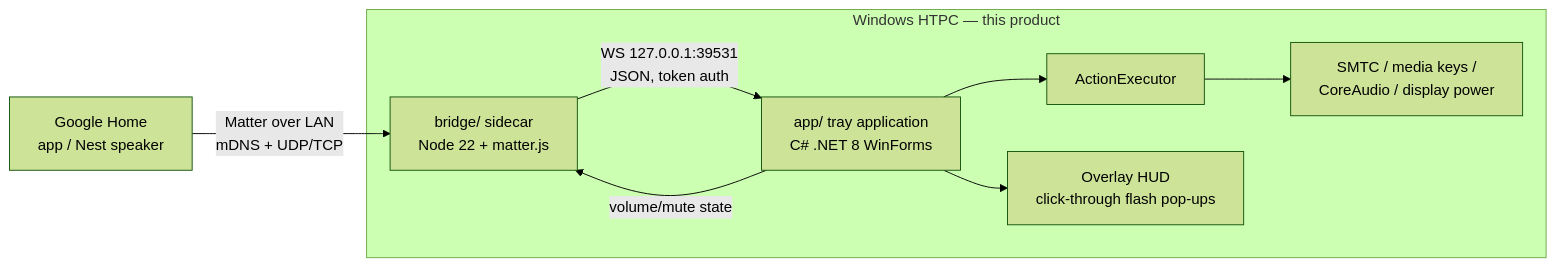
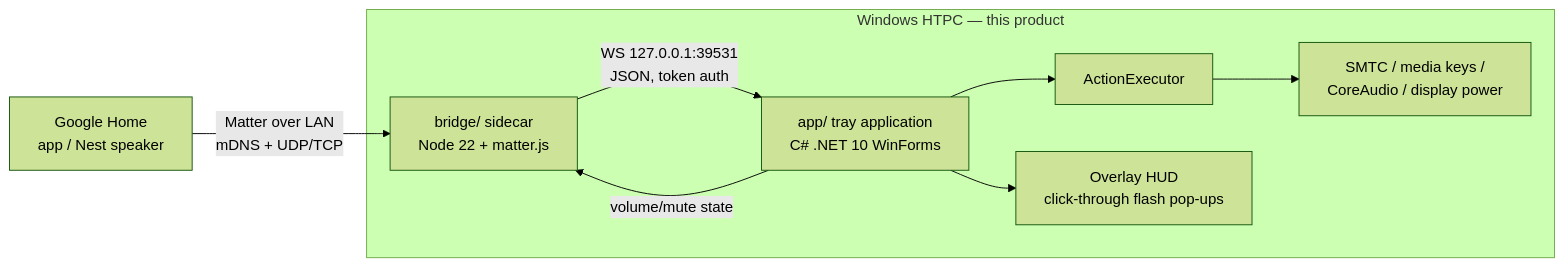
The diagram in docs/BLUEPRINT.md (fdymond/matterhelm), drawn with Mermaid (forest theme) before and after one commit. The commit also changed other lines of this file and 13 other files, not shown here.

````diff
--- a/docs/BLUEPRINT.md
+++ b/docs/BLUEPRINT.md
@@ -35,11 +35,11 @@
 ```mermaid
 flowchart LR
     GH[Google Home\napp / Nest speaker] -- Matter over LAN\nmDNS + UDP/TCP --> MB
     subgraph HTPC [Windows HTPC — this product]
-        MB[bridge/ sidecar\nNode 22 + matter.js] -- WS 127.0.0.1:39531\nJSON, token auth --> TA[app/ tray application\nC# .NET 8 WinForms]
+        MB[bridge/ sidecar\nNode 22 + matter.js] -- WS 127.0.0.1:39531\nJSON, token auth --> TA[app/ tray application\nC# .NET 10 WinForms]
         TA --> EX[ActionExecutor]
         EX --> OS[SMTC / media keys /\nCoreAudio / display power]
         TA --> HUD[Overlay HUD\nclick-through flash pop-ups]
         TA -- volume/mute state --> MB
     end
 ```
````
